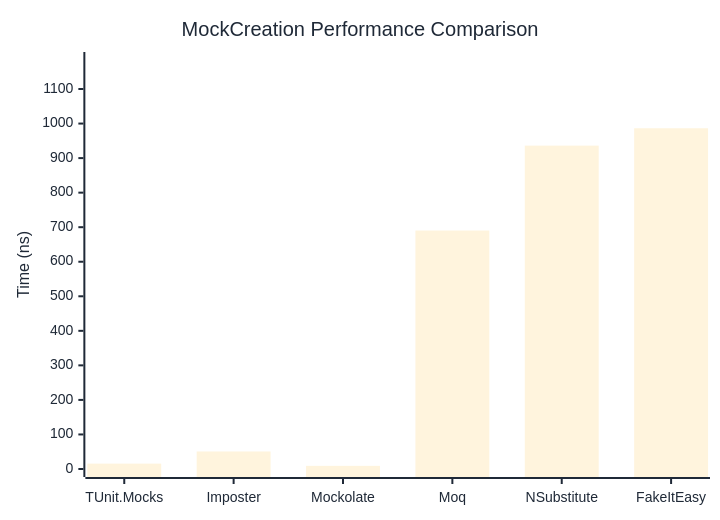
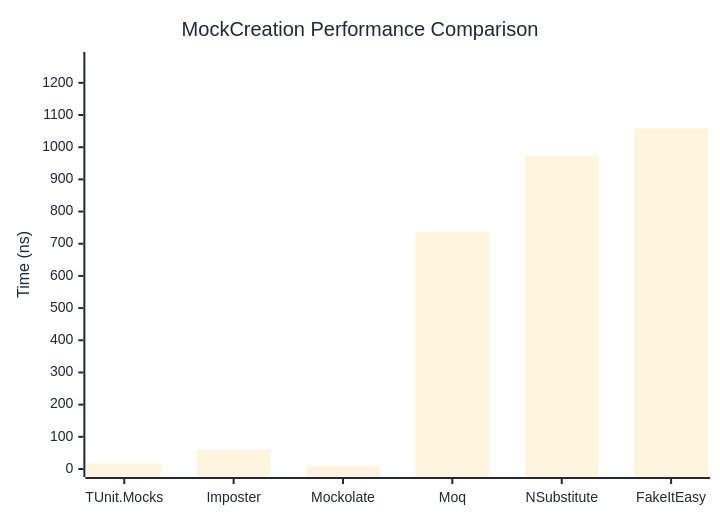
The first of 2 diagrams in docs/docs/benchmarks/mocks/MockCreation.md (thomhurst/TUnit), drawn with Mermaid before and after one commit. The commit also changed other lines of this file and 14 other files, not shown here.

````diff
--- a/docs/docs/benchmarks/mocks/MockCreation.md
+++ b/docs/docs/benchmarks/mocks/MockCreation.md
@@ -30,27 +30,27 @@
 ```mermaid
 %%{init: {
   'theme':'base',
   'themeVariables': {
     'primaryColor': '#2563eb',
     'primaryTextColor': '#1f2937',
     'primaryBorderColor': '#1e40af',
     'lineColor': '#6b7280',
     'secondaryColor': '#7c3aed',
     'tertiaryColor': '#dc2626',
     'background': '#ffffff',
     'pie1': '#2563eb',
     'pie2': '#7c3aed',
     'pie3': '#dc2626',
     'pie4': '#f59e0b',
     'pie5': '#10b981',
     'pie6': '#06b6d4',
     'pie7': '#ec4899',
     'pie8': '#6366f1'
   }
 }}%%
 xychart-beta
   title "MockCreation Performance Comparison"
   x-axis ["TUnit.Mocks", "Imposter", "Mockolate", "Moq", "NSubstitute", "FakeItEasy"]
-  y-axis "Time (ns)" 0 --> 1184
-  bar [15.547, 50.74, 9.138, 690.357, 936.128, 986.398]
+  y-axis "Time (ns)" 0 --> 1271
+  bar [17.251, 59.016, 10.049, 736.148, 972.222, 1058.376]
 ```
````
